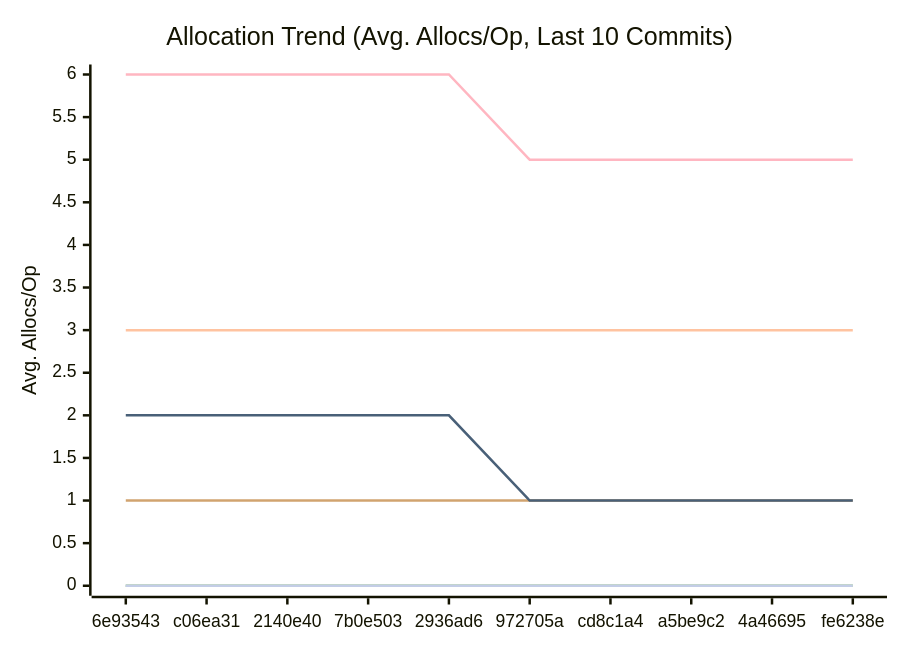
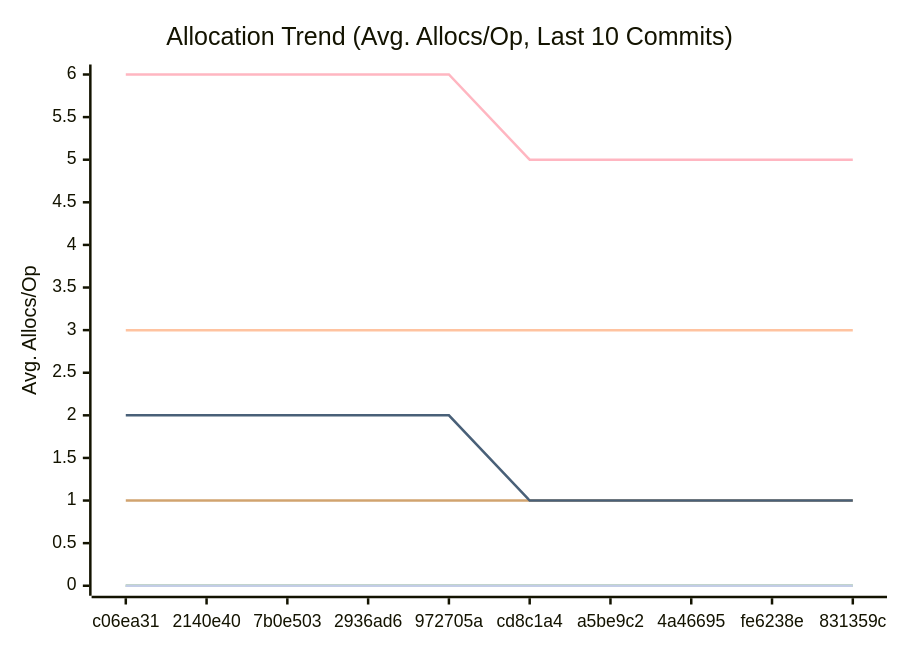
The third of 3 diagrams in docs/PERFORMANCE.md (alsotoes/momo), drawn with Mermaid before and after one commit. The commit also changed other lines of this file and 2 other files, not shown here.

````diff
--- a/docs/PERFORMANCE.md
+++ b/docs/PERFORMANCE.md
@@ -114,16 +114,16 @@
 ```mermaid
 xychart-beta
     title "Allocation Trend (Avg. Allocs/Op, Last 10 Commits)"
     x-axis "Commit"
     y-axis "Avg. Allocs/Op"
-    x-axis [6e93543,c06ea31,2140e40,7b0e503,2936ad6,972705a,cd8c1a4,a5be9c2,4a46695,fe6238e]
+    x-axis [c06ea31,2140e40,7b0e503,2936ad6,972705a,cd8c1a4,a5be9c2,4a46695,fe6238e,831359c]
     line "CheckMetricsAndSwap" [0,0,0,0,0,0,0,0,0,0]
     line "CrushOptimized" [0,0,0,0,0,0,0,0,0,0]
     line "CrushOriginal" [3,3,3,3,3,3,3,3,3,3]
     line "IndexDirectTracking" [0,0,0,0,0,0,0,0,0,0]
     line "IndexSearch" [0,0,0,0,0,0,0,0,0,0]
     line "LoadGlobalConfig" [1,1,1,1,1,1,1,1,1,1]
     line "PadString" [0,0,0,0,0,0,0,0,0,0]
     line "ParseReplicationOrder_NoPrealloc" [6,6,6,6,6,5,5,5,5,5]
     line "ParseReplicationOrder_Prealloc" [2,2,2,2,2,1,1,1,1,1]
 ```
````
